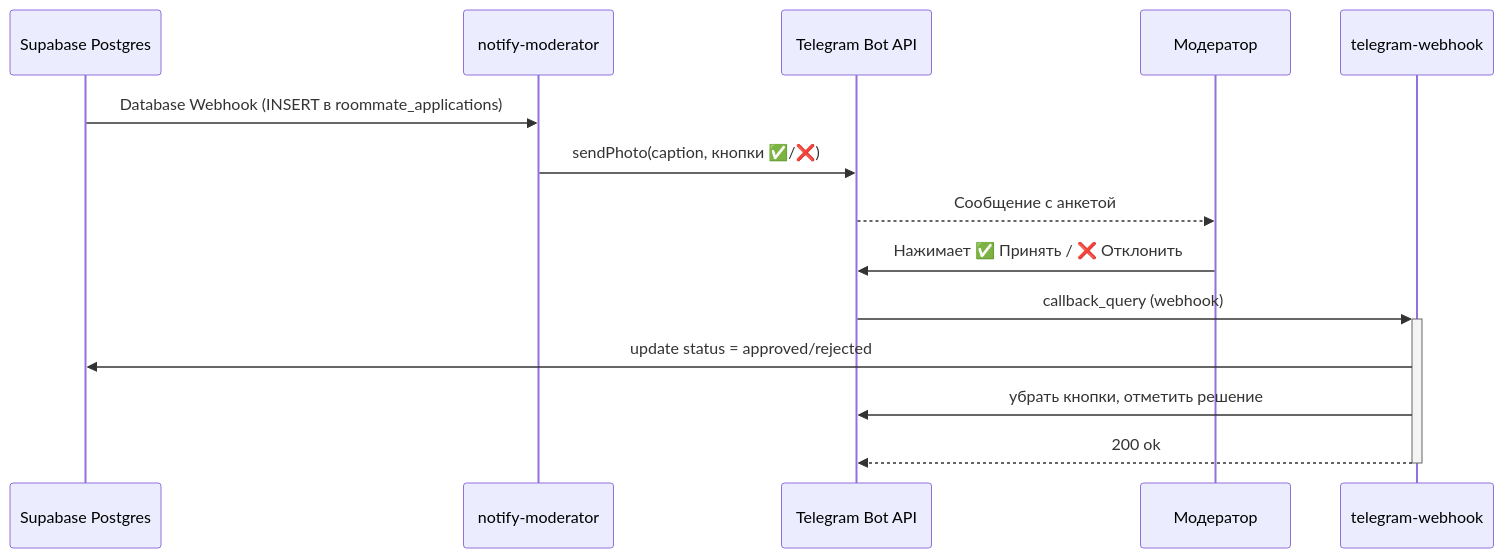
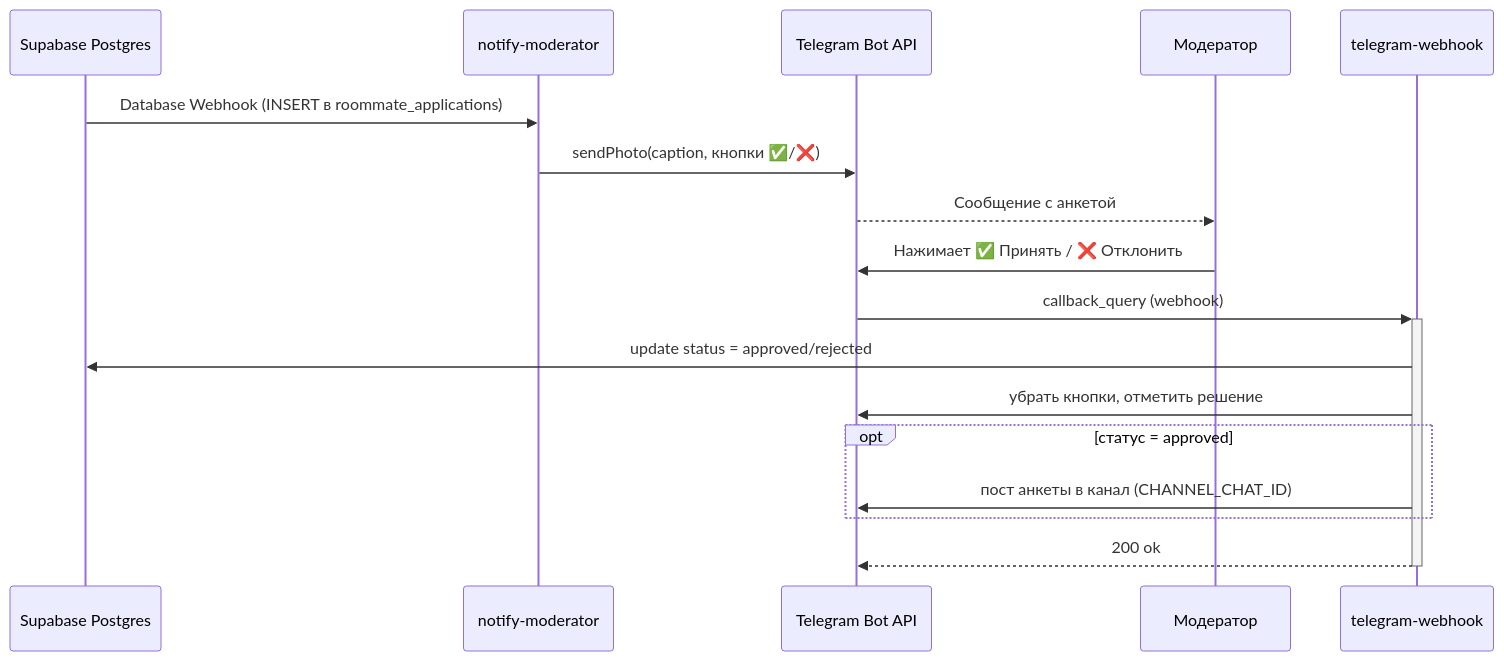
One commit to MrFl0x/TelApp changed the second of 3 diagrams in README.md. Above: the diagram before and after it, drawn with Mermaid. The commit also changed other lines of this file and 3 other files, not shown here.

First line of the commit message:
Post approved applications to a Telegram channel

````diff
--- a/README.md
+++ b/README.md
@@ -45,16 +48,19 @@
 ```mermaid
 sequenceDiagram
     participant DB as Supabase Postgres
     participant NM as notify-moderator
     participant TG as Telegram Bot API
     participant Mod as Модератор
 
     DB->>NM: Database Webhook (INSERT в roommate_applications)
     NM->>TG: sendPhoto(caption, кнопки ✅/❌)
     TG-->>Mod: Сообщение с анкетой
     Mod->>TG: Нажимает ✅ Принять / ❌ Отклонить
     TG->>+telegram-webhook: callback_query (webhook)
     telegram-webhook->>DB: update status = approved/rejected
     telegram-webhook->>TG: убрать кнопки, отметить решение
+    opt статус = approved
+        telegram-webhook->>TG: пост анкеты в канал (CHANNEL_CHAT_ID)
+    end
     telegram-webhook-->>-TG: 200 ok
 ```
````
